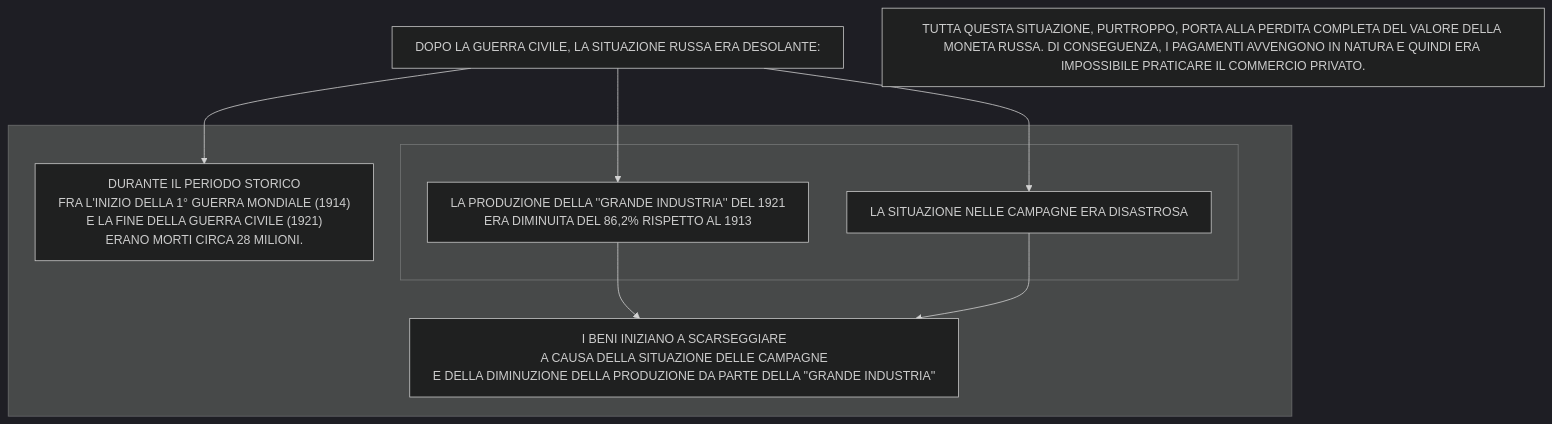
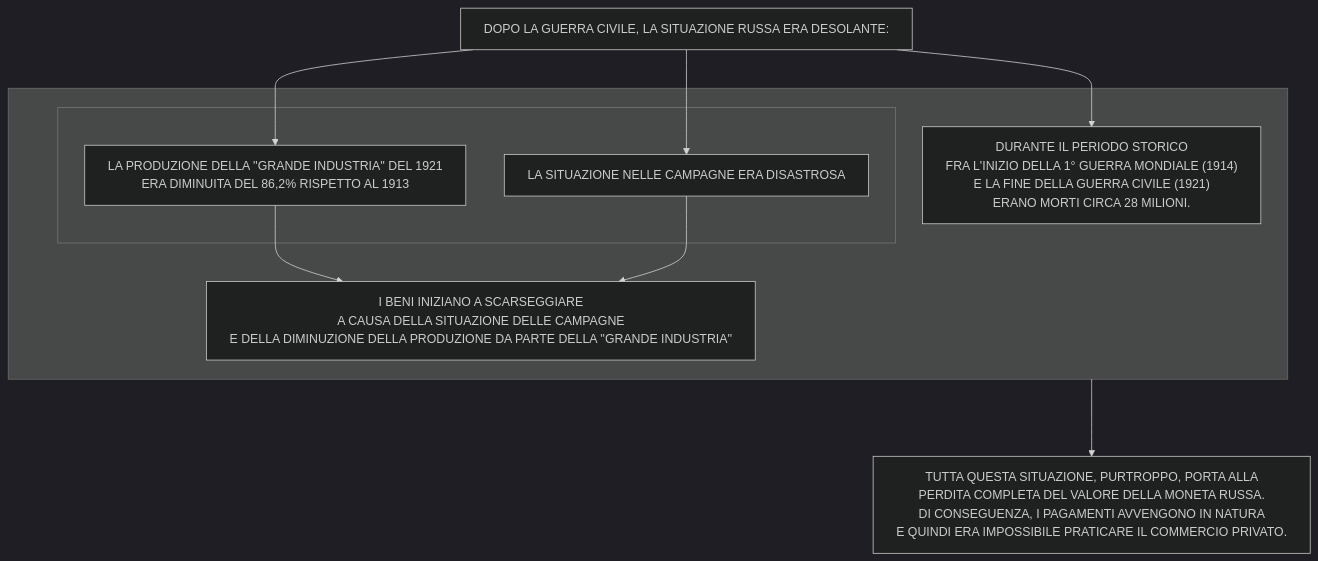
Before and after one commit to Laaouatni/ricerca-storia-MermaidJS: the tenth of 10 diagrams in stalinismoRiscrittura.md, drawn with Mermaid (dark theme).

````diff
--- a/stalinismoRiscrittura.md
+++ b/stalinismoRiscrittura.md
@@ -176,16 +176,18 @@
 ```mermaid
 %%{init: { "flowchart": { "wrappingWidth": 800 } }}%%
 flowchart TB
   0[DOPO LA GUERRA CIVILE, LA SITUAZIONE RUSSA ERA DESOLANTE:]
   subgraph 6[" "]
     1["DURANTE IL PERIODO STORICO <br> FRA L'INIZIO DELLA 1° GUERRA MONDIALE (1914) <br>E LA FINE DELLA GUERRA CIVILE (1921) <br> ERANO MORTI CIRCA 28 MILIONI."]
     subgraph 4[" "]
       2[LA PRODUZIONE DELLA ''GRANDE INDUSTRIA'' DEL 1921 <br>ERA DIMINUITA DEL 86,2% RISPETTO AL 1913]
       3[LA SITUAZIONE NELLE CAMPAGNE ERA DISASTROSA]
     end
     5[I BENI INIZIANO A SCARSEGGIARE <BR> A CAUSA DELLA SITUAZIONE DELLE CAMPAGNE <BR>E DELLA DIMINUZIONE DELLA PRODUZIONE DA PARTE DELLA ''GRANDE INDUSTRIA'']
   end
   0 --> 1 & 2 & 3
   2 & 3 --> 5
-  7[TUTTA QUESTA SITUAZIONE, PURTROPPO, PORTA ALLA PERDITA COMPLETA DEL VALORE DELLA MONETA RUSSA. DI CONSEGUENZA, I PAGAMENTI AVVENGONO IN NATURA E QUINDI ERA IMPOSSIBILE PRATICARE IL COMMERCIO PRIVATO.]
+  7[TUTTA QUESTA SITUAZIONE, PURTROPPO, PORTA ALLA <BR> PERDITA COMPLETA DEL VALORE DELLA MONETA RUSSA. <BR>DI CONSEGUENZA, I PAGAMENTI AVVENGONO IN NATURA <BR> E QUINDI ERA IMPOSSIBILE PRATICARE IL COMMERCIO PRIVATO.]
+  6 ----> 7
+  
 ```
````
